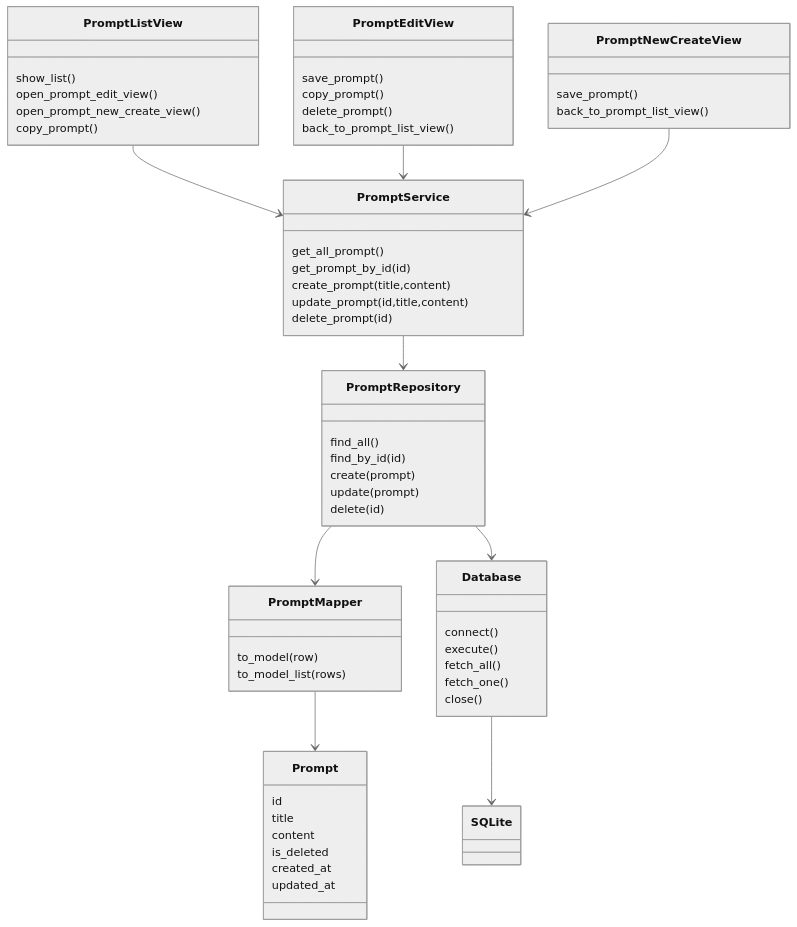
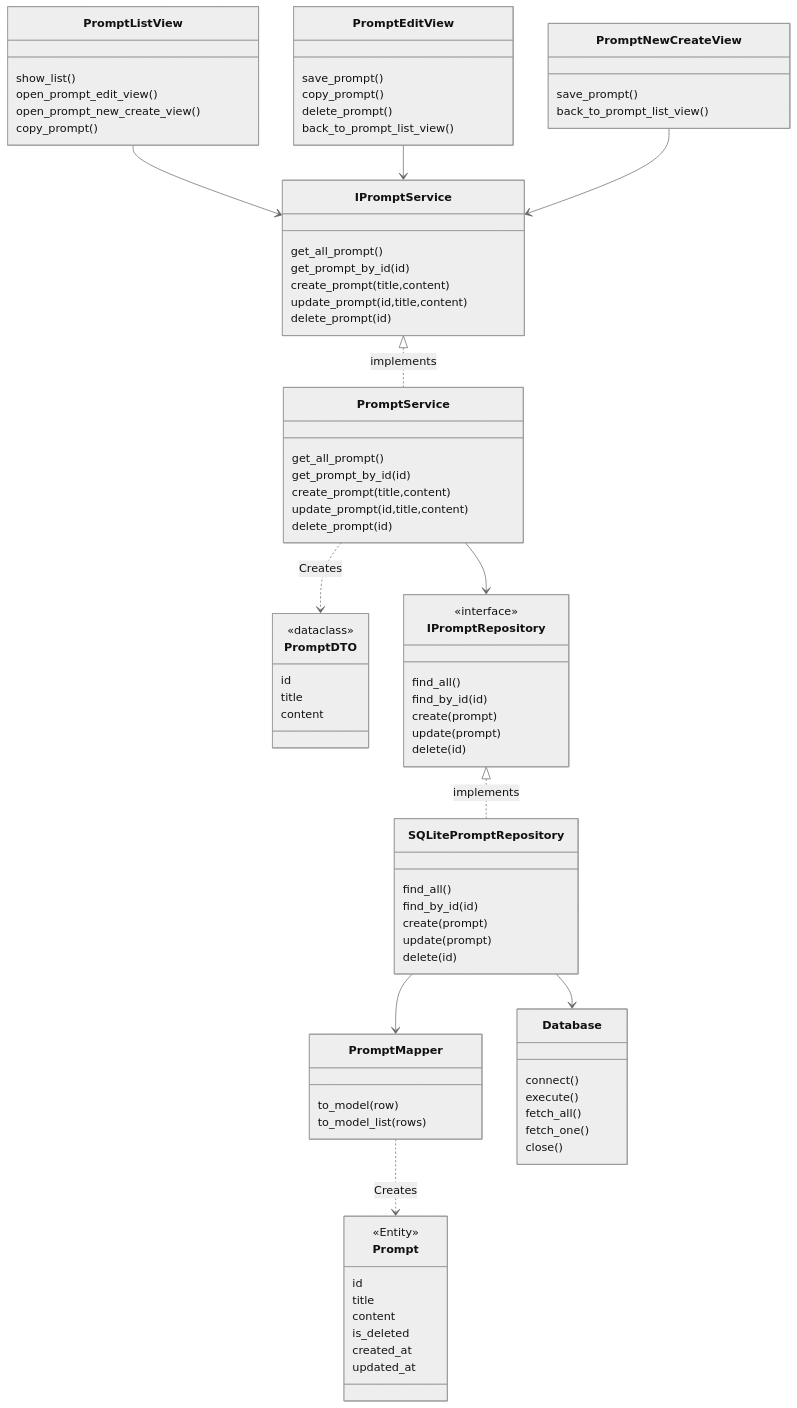
Before and after one commit to kuronyanko1108/prompt-manager: the diagram in docs/05_class_diagram.md, drawn with Mermaid (neutral theme). The commit also changed other lines of this file, not shown here.

Commit message:
クラス図更新

````diff
--- a/docs/05_class_diagram.md
+++ b/docs/05_class_diagram.md
@@ -17,6 +17,14 @@
         delete_prompt()
         back_to_prompt_list_view()
     }
+    class IPromptService{
+        get_all_prompt()
+        get_prompt_by_id(id)
+        create_prompt(title,content)
+        update_prompt(id,title,content)
+        delete_prompt(id)
+    }
+
     class PromptService{
         get_all_prompt()
         get_prompt_by_id(id)
@@ -24,7 +32,25 @@
         update_prompt(id,title,content)
         delete_prompt(id)
     }
-    class PromptRepository{
+
+        class PromptDTO{
+        <<dataclass>>
+        id
+        title
+        content
+    }
+
+    class IPromptRepository{
+        <<interface>>
+        find_all()
+        find_by_id(id)
+        create(prompt)
+        update(prompt)
+        delete(id)
+    }
+
+
+    class SQLitePromptRepository{
         find_all()
         find_by_id(id)
         create(prompt)
@@ -39,6 +65,7 @@
 
 
     class Prompt{
+         <<Entity>>
         id
         title
         content
@@ -55,17 +82,18 @@
         close()
     }
 
-    class SQLite{
 
-    }
 
-    PromptListView --> PromptService
-    PromptEditView --> PromptService
-    PromptNewCreateView --> PromptService
-    PromptService --> PromptRepository
-    PromptRepository --> PromptMapper
-    PromptMapper --> Prompt
-    PromptRepository --> Database
-    Database --> SQLite
+    PromptListView --> IPromptService
+    PromptEditView --> IPromptService
+    PromptNewCreateView --> IPromptService
+    IPromptService <|.. PromptService : implements
+    PromptService ..> PromptDTO : Creates
+    PromptService --> IPromptRepository
+    IPromptRepository <|.. SQLitePromptRepository : implements
+    SQLitePromptRepository --> PromptMapper
+    PromptMapper ..> Prompt : Creates
+    SQLitePromptRepository --> Database
+
     
 ```
````
